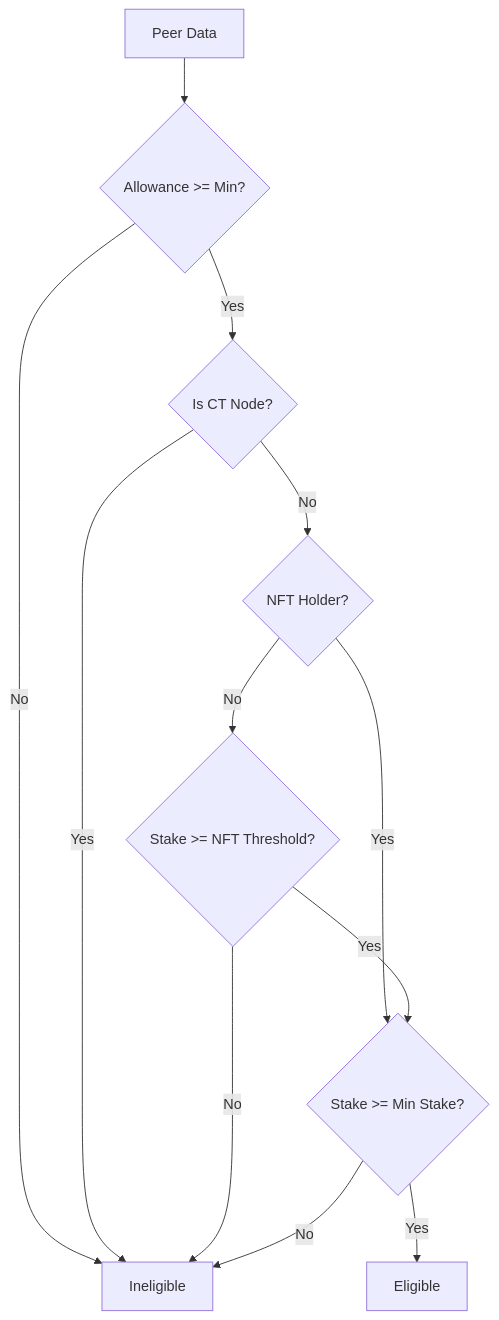
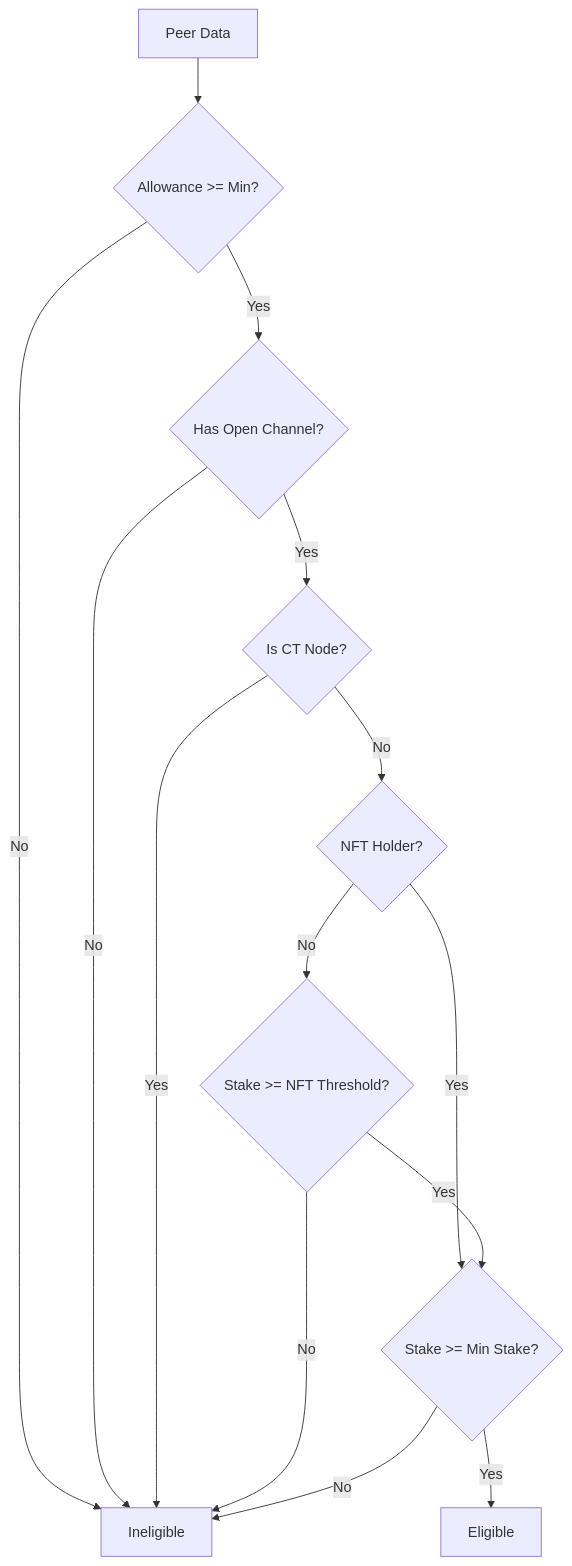
Before and after one commit to hoprnet/rfc: the third of 5 diagrams in rfcs/RFC-0009-economic-reward-system/0009-economic-reward-system.md, drawn with Mermaid. The commit also changed other lines of this file, not shown here.

Commit message:
correct graph on node eligibility

````diff
--- a/rfcs/RFC-0009-economic-reward-system/0009-economic-reward-system.md
+++ b/rfcs/RFC-0009-economic-reward-system/0009-economic-reward-system.md
@@ -101,14 +101,16 @@
 ```mermaid
 flowchart TD
     A[Peer Data] --> B{Allowance >= Min?}
     B -- No --> X[Ineligible]
-    B -- Yes --> C{Is CT Node?}
+    B -- Yes --> B2{Has Open Channel?}
+    B2 -- No --> X
+    B2 -- Yes --> C{Is CT Node?}
     C -- Yes --> X
     C -- No --> D{NFT Holder?}
     D -- Yes --> F{Stake >= Min Stake?}
     D -- No --> E{Stake >= NFT Threshold?}
     E -- No --> X
     E -- Yes --> F
     F -- No --> X
     F -- Yes --> Y[Eligible]
 ```
````
